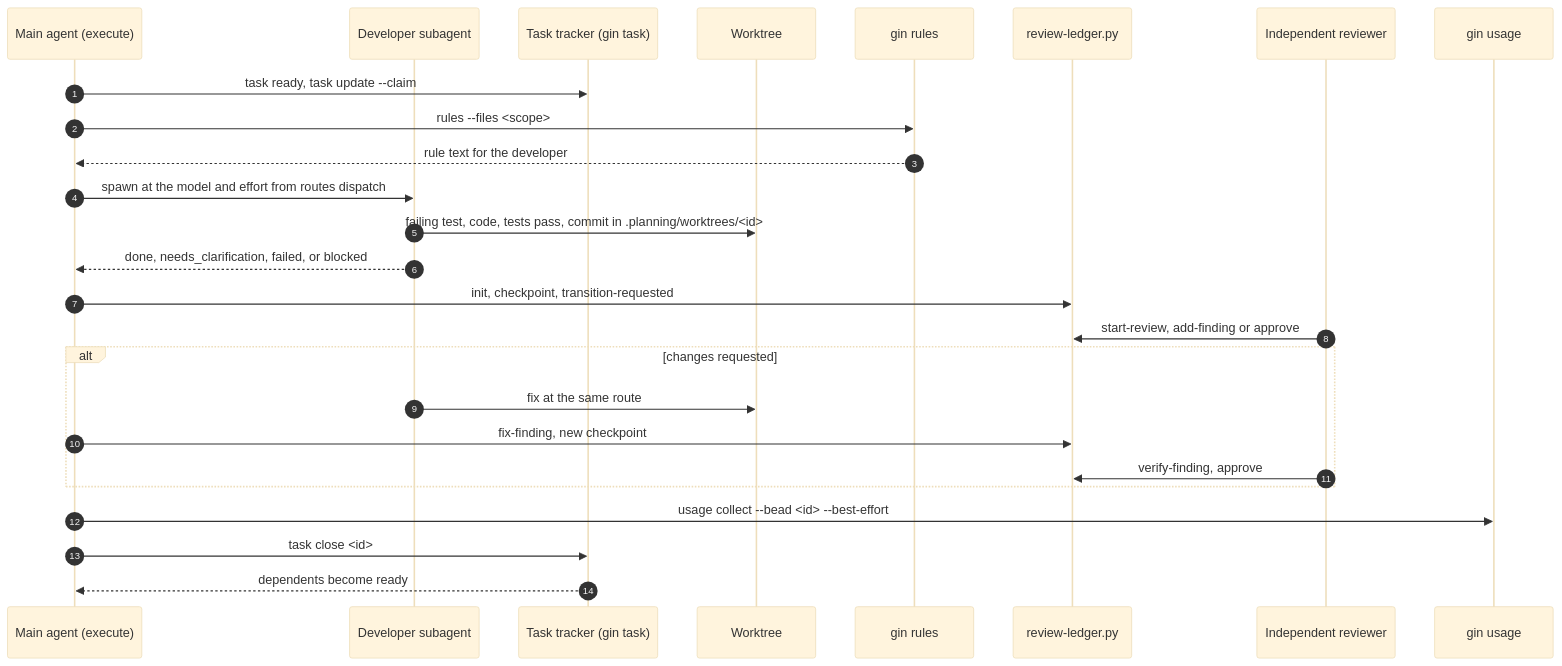
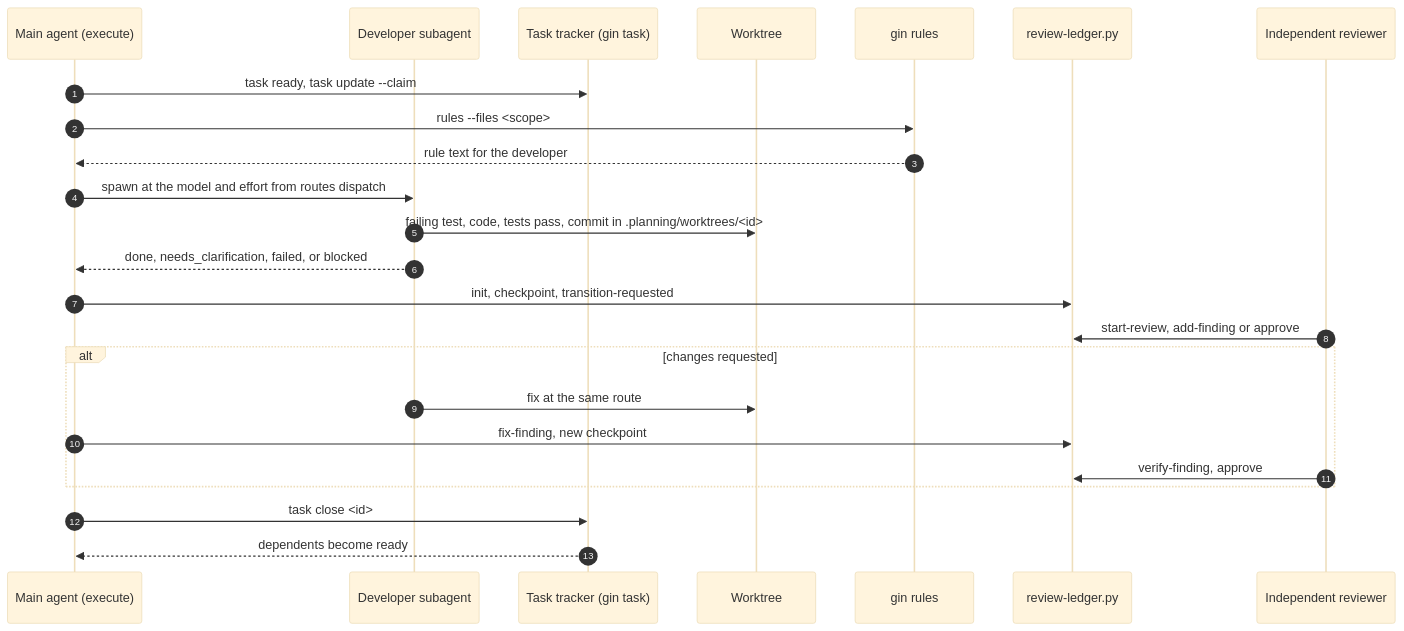
One commit to giangdhwhtbr/gin-workflow changed the third of 5 diagrams in docs/concepts/architecture.md. Above: the diagram before and after it, drawn with Mermaid (base theme). The commit also changed other lines of this file and 23 other files, not shown here.

Commit message:
docs: AI usage tracking is retired; 3.4.0 changelog; sweep test (gin-workflow-wkwb)

````diff
--- a/docs/concepts/architecture.md
+++ b/docs/concepts/architecture.md
@@ -91,28 +91,26 @@
 ```mermaid
 sequenceDiagram
     autonumber
     participant A as Main agent (execute)
     participant D as Developer subagent
     participant B as Task tracker (gin task)
     participant W as Worktree
     participant R as gin rules
     participant L as review-ledger.py
     participant V as Independent reviewer
-    participant U as gin usage
     A->>B: task ready, task update --claim
     A->>R: rules --files <scope>
     R-->>A: rule text for the developer
     A->>D: spawn at the model and effort from routes dispatch
     D->>W: failing test, code, tests pass, commit in .planning/worktrees/<id>
     D-->>A: done, needs_clarification, failed, or blocked
     A->>L: init, checkpoint, transition-requested
     V->>L: start-review, add-finding or approve
     alt changes requested
         D->>W: fix at the same route
         A->>L: fix-finding, new checkpoint
         V->>L: verify-finding, approve
     end
-    A->>U: usage collect --bead <id> --best-effort
     A->>B: task close <id>
     B-->>A: dependents become ready
 ```
````
